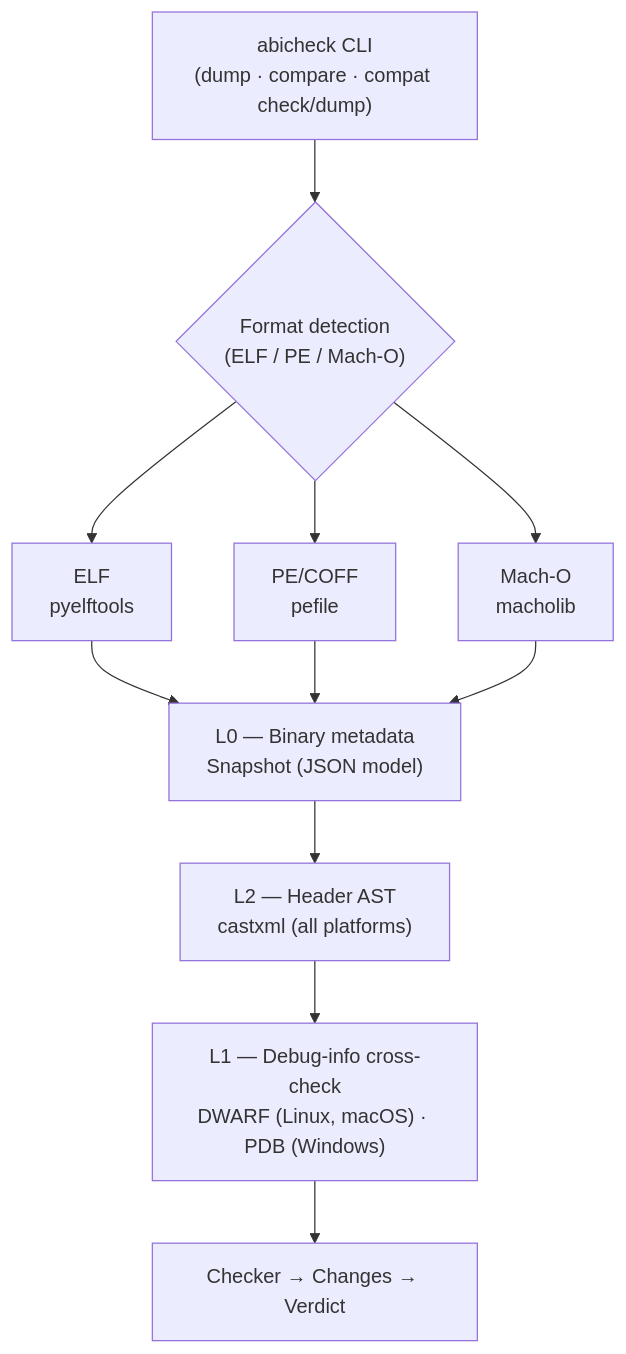
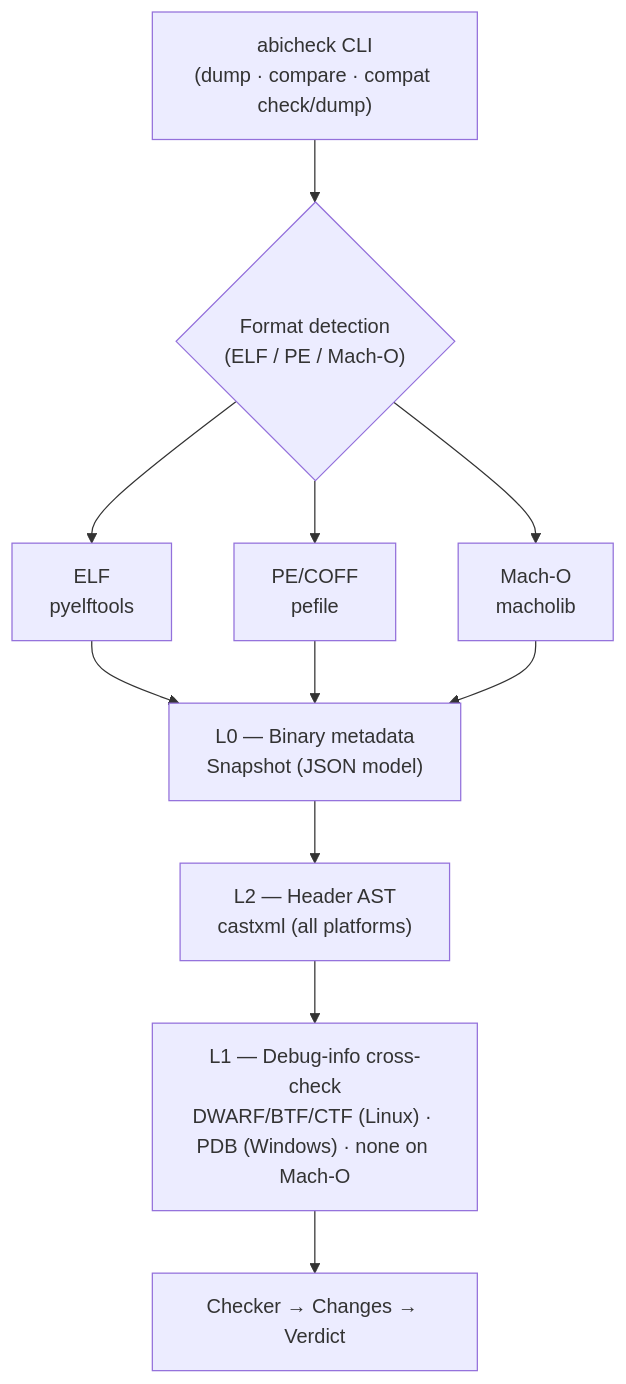
Before and after one commit to abicheck/abicheck: the diagram in docs/learn/architecture.md, drawn with Mermaid. The commit also changed other lines of this file and 20 other files, not shown here.

First line of the commit message:
docs: fix Mach-O/DWARF, no-headers, auto-frontend, and config-plan claims (#731)

````diff
--- a/docs/learn/architecture.md
+++ b/docs/learn/architecture.md
@@ -43,23 +44,23 @@
 ```mermaid
 flowchart TD
     CLI["abicheck CLI<br/>(dump · compare · compat check/dump)"]
     FMT{"Format detection<br/>(ELF / PE / Mach-O)"}
     ELF["ELF<br/>pyelftools"]
     PE["PE/COFF<br/>pefile"]
     MACHO["Mach-O<br/>macholib"]
     SNAP["L0 — Binary metadata<br/>Snapshot (JSON model)"]
     AST["L2 — Header AST<br/>castxml (all platforms)"]
-    DBG["L1 — Debug-info cross-check<br/>DWARF (Linux, macOS) · PDB (Windows)"]
+    DBG["L1 — Debug-info cross-check<br/>DWARF/BTF/CTF (Linux) · PDB (Windows) · none on Mach-O"]
     CHK["Checker → Changes → Verdict"]
 
     CLI --> FMT
     FMT --> ELF
     FMT --> PE
     FMT --> MACHO
     ELF --> SNAP
     PE --> SNAP
     MACHO --> SNAP
     SNAP --> AST
     AST --> DBG
     DBG --> CHK
 ```
````
